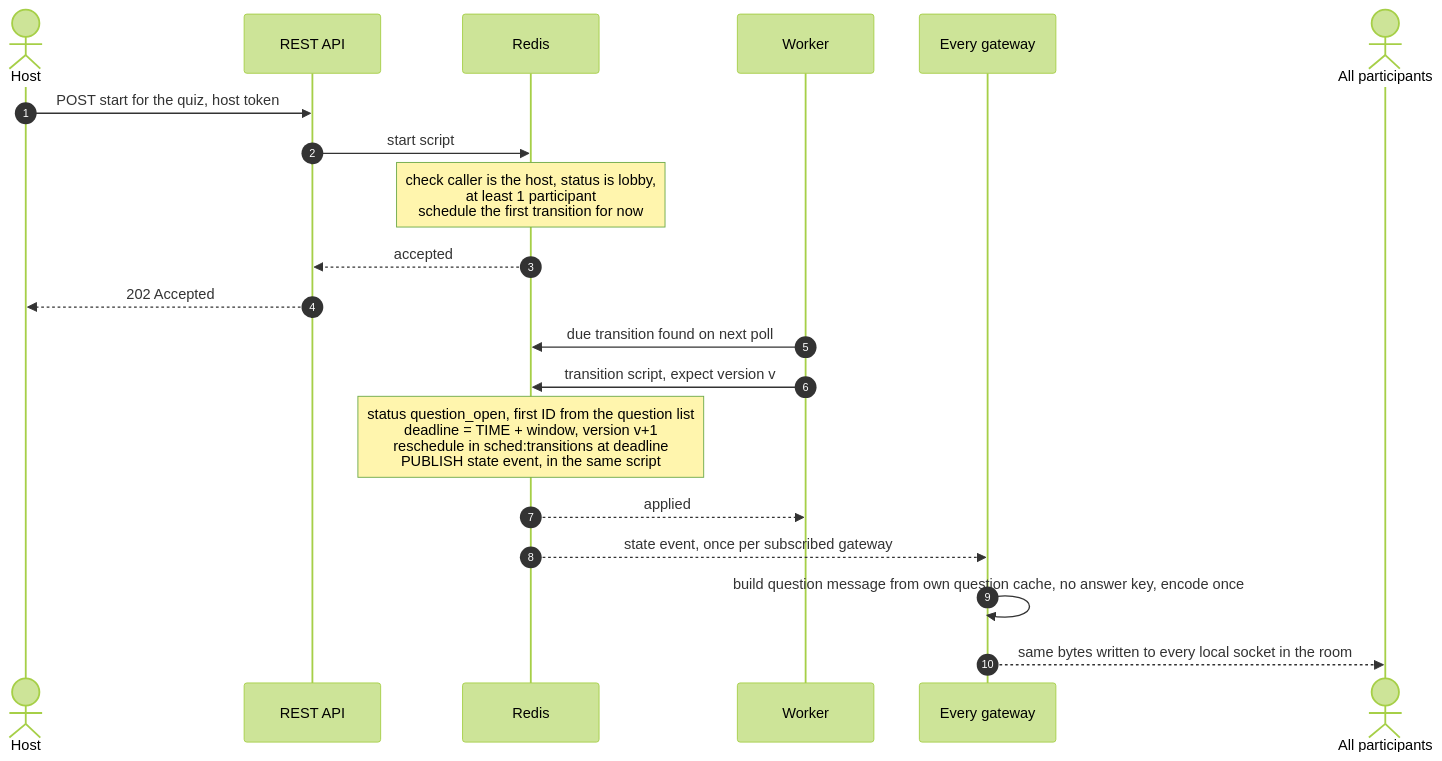
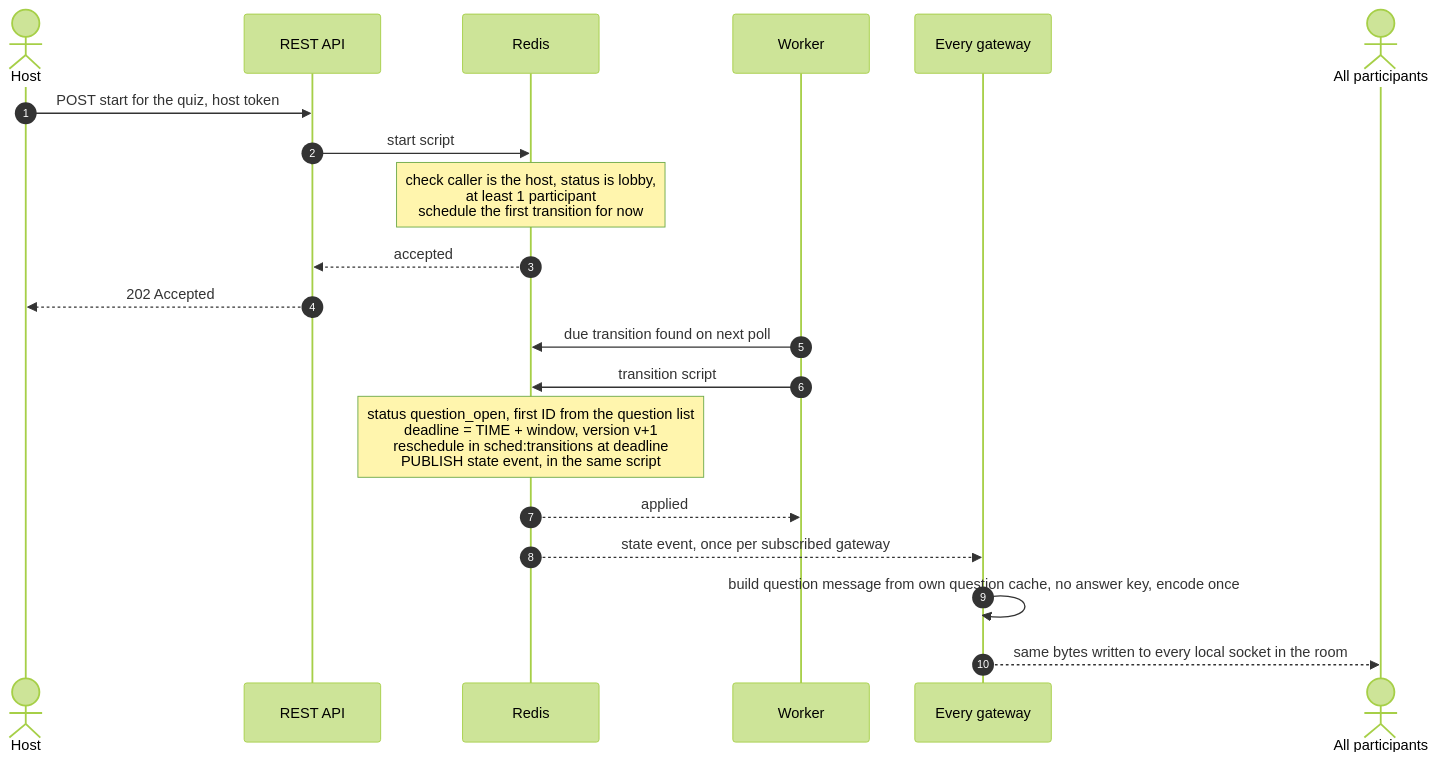
Before and after one commit to rizqyep/elsa-coding-challenge: the third of 8 diagrams in docs/system-design/data-flow.md, drawn with Mermaid (forest theme). The commit also changed other lines of this file and 8 other files, not shown here.

First line of the commit message:
refactor: drop the redundant transition version check; tighten tests

````diff
--- a/docs/system-design/data-flow.md
+++ b/docs/system-design/data-flow.md
@@ -69,23 +69,23 @@
 ```mermaid
 sequenceDiagram
     autonumber
     actor H as Host
     participant API as REST API
     participant R as Redis
     participant W as Worker
     participant ALL as Every gateway
     actor PS as All participants
 
     H->>API: POST start for the quiz, host token
     API->>R: start script
     Note over R: check caller is the host, status is lobby,<br/>at least 1 participant<br/>schedule the first transition for now
     R-->>API: accepted
     API-->>H: 202 Accepted
     W->>R: due transition found on next poll
-    W->>R: transition script, expect version v
+    W->>R: transition script
     Note over R: status question_open, first ID from the question list<br/>deadline = TIME + window, version v+1<br/>reschedule in sched:transitions at deadline<br/>PUBLISH state event, in the same script
     R-->>W: applied
     R-->>ALL: state event, once per subscribed gateway
     ALL->>ALL: build question message from own question cache, no answer key, encode once
     ALL-->>PS: same bytes written to every local socket in the room
 ```
````
